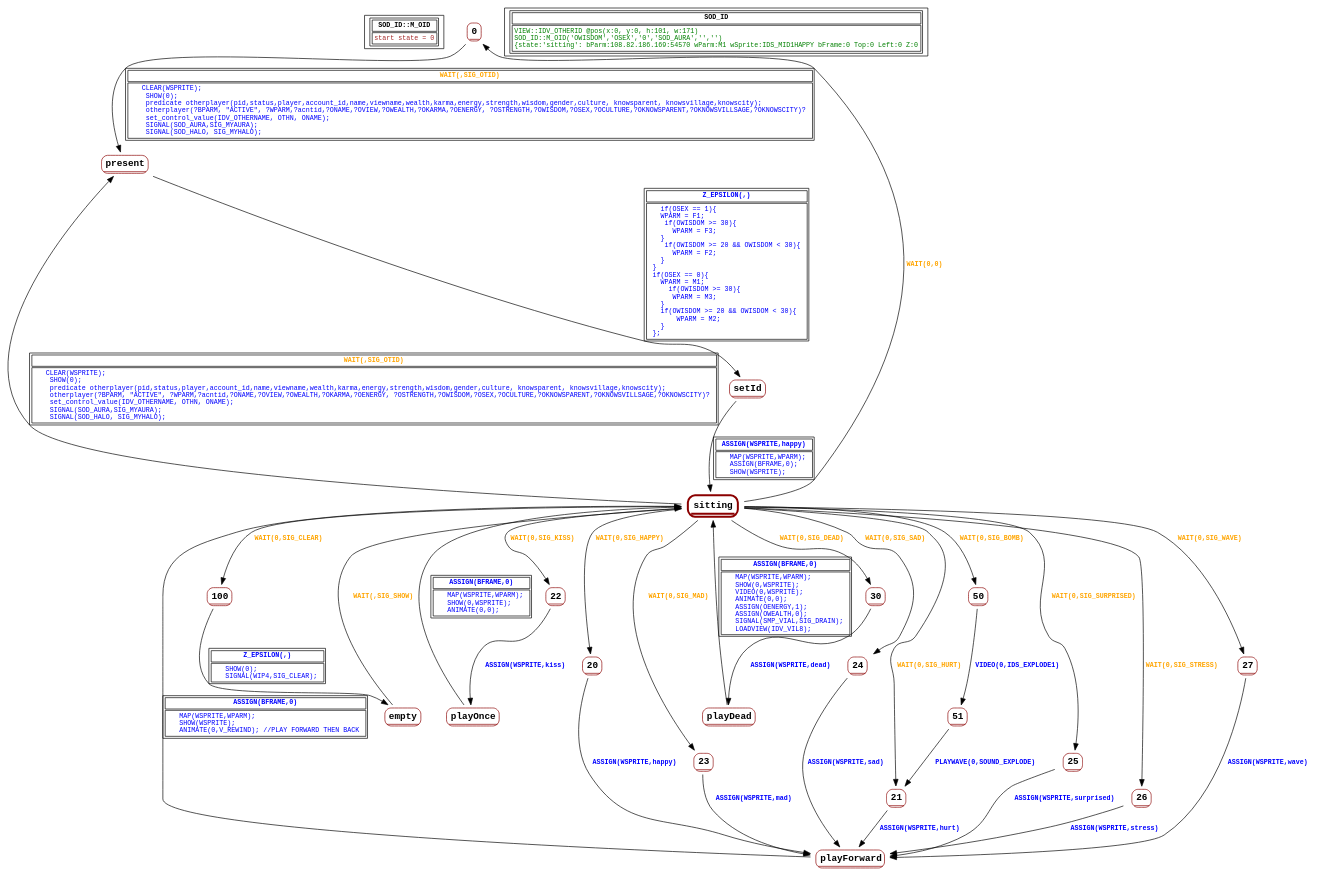
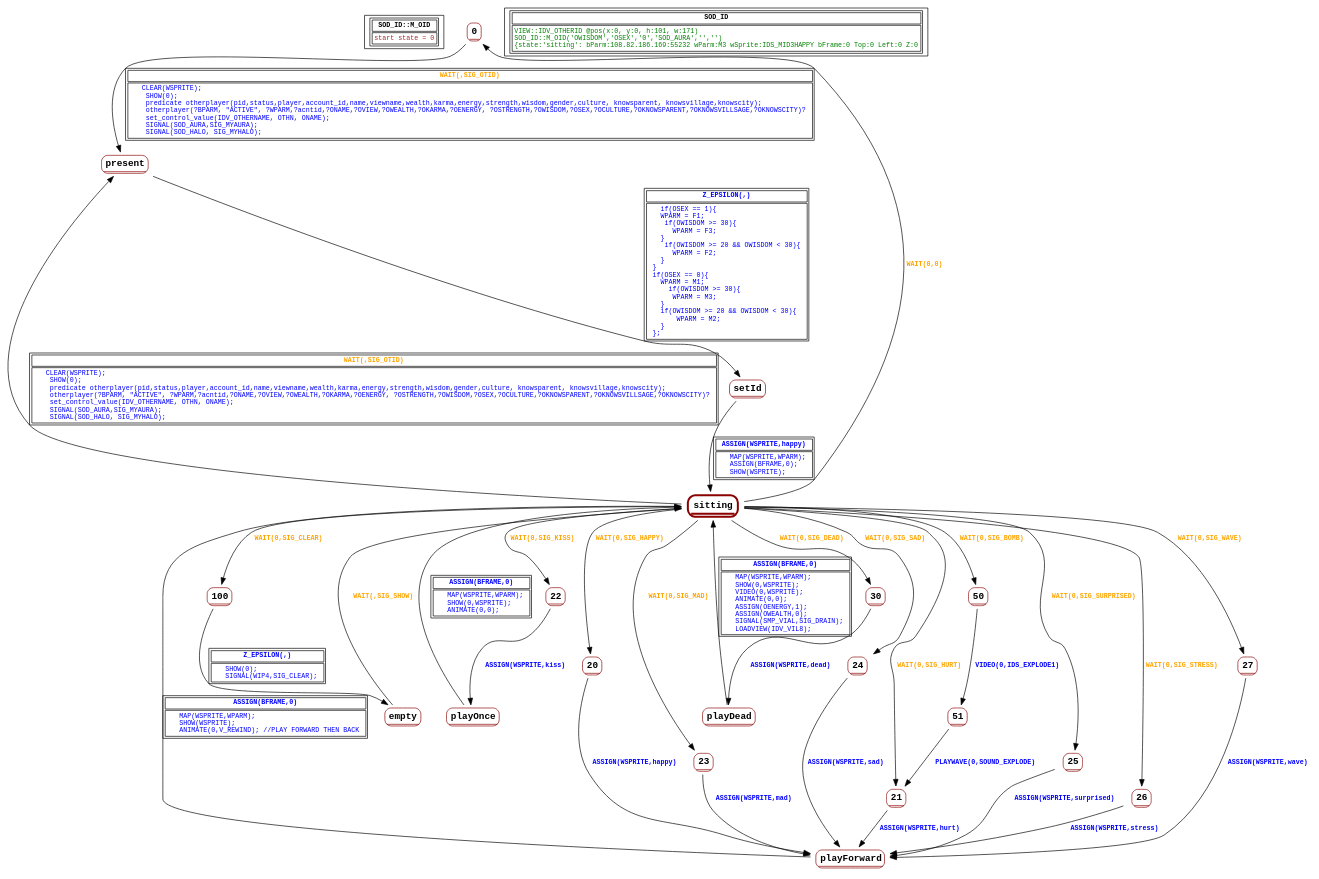
The diagram in graphs/SOD_ID.dot (guy-stewart/AzariaCD), drawn with Graphviz before and after one commit. The commit also changed 18 other files, not shown here.

```diff
--- a/graphs/SOD_ID.dot
+++ b/graphs/SOD_ID.dot
@@ -1,146 +1,146 @@
 digraph Automaton {
  fontname="Courier New"
 	node [shape=oval, fontname="Courier New"];
 	filename[shape = record, fontsize=10, label=< <table border="1"><tr><td><b>SOD_ID::M_OID<br align="left"/></b></td></tr>
 <tr><td><font point-size="10" color ="brown">start state = 0<br align="left"/></font></td></tr></table>>
 ];
 	0[shape = none, fontsize=14, label=< <table border="1" color="darkred" style="rounded"><tr><td sides="b"><b>0<br align="left"/></b></td></tr>
 </table>>];
 "0" -> "present" [fontcolor=orange,fontsize=10,fontname="Courier New", label=< <table border="1"><tr><td><b>WAIT(,SIG_OTID)<br align="left"/></b></td></tr>
 <tr><td><font point-size="10" color ="blue">    CLEAR(WSPRITE);<br align="left"/>     SHOW(0);<br align="left"/>     predicate otherplayer(pid,status,player,account_id,name,viewname,wealth,karma,energy,strength,wisdom,gender,culture, knowsparent, knowsvillage,knowscity);<br align="left"/>     otherplayer(?BPARM, &quot;ACTIVE&quot;, ?WPARM,?acntid,?ONAME,?OVIEW,?OWEALTH,?OKARMA,?OENERGY, ?OSTRENGTH,?OWISDOM,?OSEX,?OCULTURE,?OKNOWSPARENT,?OKNOWSVILLSAGE,?OKNOWSCITY)?<br align="left"/>     set_control_value(IDV_OTHERNAME, OTHN, ONAME);<br align="left"/>     SIGNAL(SOD_AURA,SIG_MYAURA);<br align="left"/>     SIGNAL(SOD_HALO, SIG_MYHALO);<br align="left"/></font></td></tr></table>>
 ];
 	100[shape = none, fontsize=14, label=< <table border="1" color="darkred" style="rounded"><tr><td sides="b"><b>100<br align="left"/></b></td></tr>
 </table>>];
 "100" -> "empty" [fontcolor=blue,fontsize=10,fontname="Courier New", label=< <table border="1"><tr><td><b>Z_EPSILON(,)<br align="left"/></b></td></tr>
 <tr><td><font point-size="10" color ="blue">    SHOW(0);<br align="left"/>    SIGNAL(WIP4,SIG_CLEAR);<br align="left"/></font></td></tr></table>>
 ];
 	20[shape = none, fontsize=14, label=< <table border="1" color="darkred" style="rounded"><tr><td sides="b"><b>20<br align="left"/></b></td></tr>
 </table>>];
 "20" -> "playForward" [fontcolor=blue,fontsize=10,fontname="Courier New", label=< <table border="0"><tr><td><b>ASSIGN(WSPRITE,happy)<br align="left"/></b></td></tr>
 </table>>
 ];
 	21[shape = none, fontsize=14, label=< <table border="1" color="darkred" style="rounded"><tr><td sides="b"><b>21<br align="left"/></b></td></tr>
 </table>>];
 "21" -> "playForward" [fontcolor=blue,fontsize=10,fontname="Courier New", label=< <table border="0"><tr><td><b>ASSIGN(WSPRITE,hurt)<br align="left"/></b></td></tr>
 </table>>
 ];
 	22[shape = none, fontsize=14, label=< <table border="1" color="darkred" style="rounded"><tr><td sides="b"><b>22<br align="left"/></b></td></tr>
 </table>>];
 "22" -> "playOnce" [fontcolor=blue,fontsize=10,fontname="Courier New", label=< <table border="0"><tr><td><b>ASSIGN(WSPRITE,kiss)<br align="left"/></b></td></tr>
 </table>>
 ];
 	23[shape = none, fontsize=14, label=< <table border="1" color="darkred" style="rounded"><tr><td sides="b"><b>23<br align="left"/></b></td></tr>
 </table>>];
 "23" -> "playForward" [fontcolor=blue,fontsize=10,fontname="Courier New", label=< <table border="0"><tr><td><b>ASSIGN(WSPRITE,mad)<br align="left"/></b></td></tr>
 </table>>
 ];
 	24[shape = none, fontsize=14, label=< <table border="1" color="darkred" style="rounded"><tr><td sides="b"><b>24<br align="left"/></b></td></tr>
 </table>>];
 "24" -> "playForward" [fontcolor=blue,fontsize=10,fontname="Courier New", label=< <table border="0"><tr><td><b>ASSIGN(WSPRITE,sad)<br align="left"/></b></td></tr>
 </table>>
 ];
 	25[shape = none, fontsize=14, label=< <table border="1" color="darkred" style="rounded"><tr><td sides="b"><b>25<br align="left"/></b></td></tr>
 </table>>];
 "25" -> "playForward" [fontcolor=blue,fontsize=10,fontname="Courier New", label=< <table border="0"><tr><td><b>ASSIGN(WSPRITE,surprised)<br align="left"/></b></td></tr>
 </table>>
 ];
 	26[shape = none, fontsize=14, label=< <table border="1" color="darkred" style="rounded"><tr><td sides="b"><b>26<br align="left"/></b></td></tr>
 </table>>];
 "26" -> "playForward" [fontcolor=blue,fontsize=10,fontname="Courier New", label=< <table border="0"><tr><td><b>ASSIGN(WSPRITE,stress)<br align="left"/></b></td></tr>
 </table>>
 ];
 	27[shape = none, fontsize=14, label=< <table border="1" color="darkred" style="rounded"><tr><td sides="b"><b>27<br align="left"/></b></td></tr>
 </table>>];
 "27" -> "playForward" [fontcolor=blue,fontsize=10,fontname="Courier New", label=< <table border="0"><tr><td><b>ASSIGN(WSPRITE,wave)<br align="left"/></b></td></tr>
 </table>>
 ];
 	30[shape = none, fontsize=14, label=< <table border="1" color="darkred" style="rounded"><tr><td sides="b"><b>30<br align="left"/></b></td></tr>
 </table>>];
 "30" -> "playDead" [fontcolor=blue,fontsize=10,fontname="Courier New", label=< <table border="0"><tr><td><b>ASSIGN(WSPRITE,dead)<br align="left"/></b></td></tr>
 </table>>
 ];
 	50[shape = none, fontsize=14, label=< <table border="1" color="darkred" style="rounded"><tr><td sides="b"><b>50<br align="left"/></b></td></tr>
 </table>>];
 "50" -> "51" [fontcolor=blue,fontsize=10,fontname="Courier New", label=< <table border="0"><tr><td><b>VIDEO(0,IDS_EXPLODE1)<br align="left"/></b></td></tr>
 </table>>
 ];
 	51[shape = none, fontsize=14, label=< <table border="1" color="darkred" style="rounded"><tr><td sides="b"><b>51<br align="left"/></b></td></tr>
 </table>>];
 "51" -> "21" [fontcolor=blue,fontsize=10,fontname="Courier New", label=< <table border="0"><tr><td><b>PLAYWAVE(0,SOUND_EXPLODE)<br align="left"/></b></td></tr>
 </table>>
 ];
 	empty[shape = none, fontsize=14, label=< <table border="1" color="darkred" style="rounded"><tr><td sides="b"><b>empty<br align="left"/></b></td></tr>
 </table>>];
 "empty" -> "sitting" [fontcolor=orange,fontsize=10,fontname="Courier New", label=< <table border="0"><tr><td><b>WAIT(,SIG_SHOW)<br align="left"/></b></td></tr>
 </table>>
 ];
 	playDead[shape = none, fontsize=14, label=< <table border="1" color="darkred" style="rounded"><tr><td sides="b"><b>playDead<br align="left"/></b></td></tr>
 </table>>];
 "playDead" -> "sitting" [fontcolor=blue,fontsize=10,fontname="Courier New", label=< <table border="1"><tr><td><b>ASSIGN(BFRAME,0)<br align="left"/></b></td></tr>
 <tr><td><font point-size="10" color ="blue">    MAP(WSPRITE,WPARM);<br align="left"/>    SHOW(0,WSPRITE);<br align="left"/>    VIDEO(0,WSPRITE);<br align="left"/>    ANIMATE(0,0);<br align="left"/>    ASSIGN(OENERGY,1);<br align="left"/>    ASSIGN(OWEALTH,0);<br align="left"/>    SIGNAL(SMP_VIAL,SIG_DRAIN);<br align="left"/>    LOADVIEW(IDV_VIL8);<br align="left"/></font></td></tr></table>>
 ];
 	playForward[shape = none, fontsize=14, label=< <table border="1" color="darkred" style="rounded"><tr><td sides="b"><b>playForward<br align="left"/></b></td></tr>
 </table>>];
 "playForward" -> "sitting" [fontcolor=blue,fontsize=10,fontname="Courier New", label=< <table border="1"><tr><td><b>ASSIGN(BFRAME,0)<br align="left"/></b></td></tr>
 <tr><td><font point-size="10" color ="blue">    MAP(WSPRITE,WPARM);<br align="left"/>    SHOW(WSPRITE);<br align="left"/>    ANIMATE(0,V_REWIND); //PLAY FORWARD THEN BACK<br align="left"/></font></td></tr></table>>
 ];
 	playOnce[shape = none, fontsize=14, label=< <table border="1" color="darkred" style="rounded"><tr><td sides="b"><b>playOnce<br align="left"/></b></td></tr>
 </table>>];
 "playOnce" -> "sitting" [fontcolor=blue,fontsize=10,fontname="Courier New", label=< <table border="1"><tr><td><b>ASSIGN(BFRAME,0)<br align="left"/></b></td></tr>
 <tr><td><font point-size="10" color ="blue">    MAP(WSPRITE,WPARM);<br align="left"/>    SHOW(0,WSPRITE);<br align="left"/>    ANIMATE(0,0);<br align="left"/></font></td></tr></table>>
 ];
 	present[shape = none, fontsize=14, label=< <table border="1" color="darkred" style="rounded"><tr><td sides="b"><b>present<br align="left"/></b></td></tr>
 </table>>];
 "present" -> "setId" [fontcolor=blue,fontsize=10,fontname="Courier New", label=< <table border="1"><tr><td><b>Z_EPSILON(,)<br align="left"/></b></td></tr>
 <tr><td><font point-size="10" color ="blue">    if(OSEX == 1)&#123;<br align="left"/>    WPARM = F1;<br align="left"/>     if(OWISDOM &gt;= 30)&#123;<br align="left"/>       WPARM = F3;<br align="left"/>    &#125;<br align="left"/>     if(OWISDOM &gt;= 20 &amp;&amp; OWISDOM &lt; 30)&#123;<br align="left"/>       WPARM = F2;<br align="left"/>    &#125;<br align="left"/>  &#125;<br align="left"/>  if(OSEX == 0)&#123;<br align="left"/>    WPARM = M1;<br align="left"/>      if(OWISDOM &gt;= 30)&#123;<br align="left"/>       WPARM = M3;<br align="left"/>    &#125;<br align="left"/>    if(OWISDOM &gt;= 20 &amp;&amp; OWISDOM &lt; 30)&#123;<br align="left"/>        WPARM = M2;<br align="left"/>    &#125;<br align="left"/>  &#125;; <br align="left"/></font></td></tr></table>>
 ];
 	setId[shape = none, fontsize=14, label=< <table border="1" color="darkred" style="rounded"><tr><td sides="b"><b>setId<br align="left"/></b></td></tr>
 </table>>];
 "setId" -> "sitting" [fontcolor=blue,fontsize=10,fontname="Courier New", label=< <table border="1"><tr><td><b>ASSIGN(WSPRITE,happy)<br align="left"/></b></td></tr>
 <tr><td><font point-size="10" color ="blue">    MAP(WSPRITE,WPARM);<br align="left"/>    ASSIGN(BFRAME,0);<br align="left"/>    SHOW(WSPRITE);<br align="left"/></font></td></tr></table>>
 ];
 	sitting[shape = none, fontsize=14, label=< <table border="3" color="darkred" style="rounded"><tr><td sides="b"><b>sitting<br align="left"/></b></td></tr>
 </table>>];
 "sitting" -> "present" [fontcolor=orange,fontsize=10,fontname="Courier New", label=< <table border="1"><tr><td><b>WAIT(,SIG_OTID)<br align="left"/></b></td></tr>
 <tr><td><font point-size="10" color ="blue">    CLEAR(WSPRITE);<br align="left"/>     SHOW(0);<br align="left"/>     predicate otherplayer(pid,status,player,account_id,name,viewname,wealth,karma,energy,strength,wisdom,gender,culture, knowsparent, knowsvillage,knowscity);<br align="left"/>     otherplayer(?BPARM, &quot;ACTIVE&quot;, ?WPARM,?acntid,?ONAME,?OVIEW,?OWEALTH,?OKARMA,?OENERGY, ?OSTRENGTH,?OWISDOM,?OSEX,?OCULTURE,?OKNOWSPARENT,?OKNOWSVILLSAGE,?OKNOWSCITY)?<br align="left"/>     set_control_value(IDV_OTHERNAME, OTHN, ONAME);<br align="left"/>     SIGNAL(SOD_AURA,SIG_MYAURA);<br align="left"/>     SIGNAL(SOD_HALO, SIG_MYHALO);<br align="left"/></font></td></tr></table>>
 ];
 "sitting" -> "20" [fontcolor=orange,fontsize=10,fontname="Courier New", label=< <table border="0"><tr><td><b>WAIT(0,SIG_HAPPY)<br align="left"/></b></td></tr>
 </table>>
 ];
 "sitting" -> "21" [fontcolor=orange,fontsize=10,fontname="Courier New", label=< <table border="0"><tr><td><b>WAIT(0,SIG_HURT)<br align="left"/></b></td></tr>
 </table>>
 ];
 "sitting" -> "22" [fontcolor=orange,fontsize=10,fontname="Courier New", label=< <table border="0"><tr><td><b>WAIT(0,SIG_KISS)<br align="left"/></b></td></tr>
 </table>>
 ];
 "sitting" -> "23" [fontcolor=orange,fontsize=10,fontname="Courier New", label=< <table border="0"><tr><td><b>WAIT(0,SIG_MAD)<br align="left"/></b></td></tr>
 </table>>
 ];
 "sitting" -> "24" [fontcolor=orange,fontsize=10,fontname="Courier New", label=< <table border="0"><tr><td><b>WAIT(0,SIG_SAD)<br align="left"/></b></td></tr>
 </table>>
 ];
 "sitting" -> "25" [fontcolor=orange,fontsize=10,fontname="Courier New", label=< <table border="0"><tr><td><b>WAIT(0,SIG_SURPRISED)<br align="left"/></b></td></tr>
 </table>>
 ];
 "sitting" -> "26" [fontcolor=orange,fontsize=10,fontname="Courier New", label=< <table border="0"><tr><td><b>WAIT(0,SIG_STRESS)<br align="left"/></b></td></tr>
 </table>>
 ];
 "sitting" -> "27" [fontcolor=orange,fontsize=10,fontname="Courier New", label=< <table border="0"><tr><td><b>WAIT(0,SIG_WAVE)<br align="left"/></b></td></tr>
 </table>>
 ];
 "sitting" -> "30" [fontcolor=orange,fontsize=10,fontname="Courier New", label=< <table border="0"><tr><td><b>WAIT(0,SIG_DEAD)<br align="left"/></b></td></tr>
 </table>>
 ];
 "sitting" -> "50" [fontcolor=orange,fontsize=10,fontname="Courier New", label=< <table border="0"><tr><td><b>WAIT(0,SIG_BOMB)<br align="left"/></b></td></tr>
 </table>>
 ];
 "sitting" -> "100" [fontcolor=orange,fontsize=10,fontname="Courier New", label=< <table border="0"><tr><td><b>WAIT(0,SIG_CLEAR)<br align="left"/></b></td></tr>
 </table>>
 ];
 "sitting" -> "0" [fontcolor=orange,fontsize=10,fontname="Courier New", label=< <table border="0"><tr><td><b>WAIT(0,0)<br align="left"/></b></td></tr>
 </table>>
 ];
 	status[shape = record, fontsize=10, label=< <table border="1"><tr><td><b>SOD_ID<br align="left"/></b></td></tr>
-<tr><td><font point-size="10" color ="green">VIEW::IDV_OTHERID @pos(x:0, y:0, h:101, w:171)<br align="left"/>SOD_ID::M_OID(&apos;OWISDOM&apos;,&apos;OSEX&apos;,&apos;0&apos;,&apos;SOD_AURA&apos;,&apos;&apos;,&apos;&apos;)<br align="left"/>			&#123;state:&apos;sitting&apos;: bParm:108.82.186.169:54570 wParm:M1 wSprite:IDS_MID1HAPPY bFrame:0 Top:0 Left:0 Z:0<br align="left"/></font></td></tr></table>>
+<tr><td><font point-size="10" color ="green">VIEW::IDV_OTHERID @pos(x:0, y:0, h:101, w:171)<br align="left"/>SOD_ID::M_OID(&apos;OWISDOM&apos;,&apos;OSEX&apos;,&apos;0&apos;,&apos;SOD_AURA&apos;,&apos;&apos;,&apos;&apos;)<br align="left"/>			&#123;state:&apos;sitting&apos;: bParm:108.82.186.169:55232 wParm:M3 wSprite:IDS_MID3HAPPY bFrame:0 Top:0 Left:0 Z:0<br align="left"/></font></td></tr></table>>
 ];
 }
```
